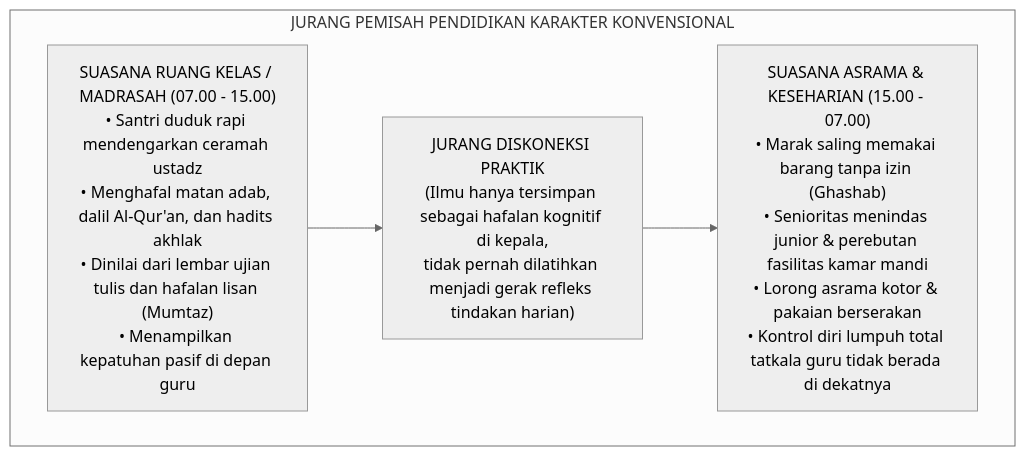
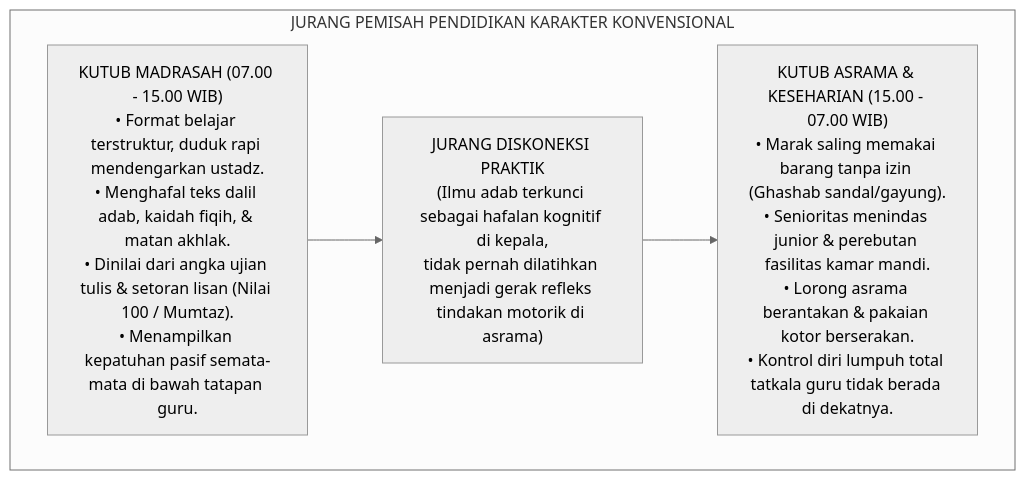
One commit to wandiapriliyandi/tumbuh changed the second of 6 diagrams in BOOK-SERIES/Volume-01/Bab-01-Krisis-Karakter-dan-Urgensi-Rekonstruksi/01-Anomali-Pendidikan-Karakter-Tradisional.md. Above: the diagram before and after it, drawn with Mermaid (neutral theme). The commit also changed other lines of this file, not shown here.

Commit message:
docs(bab-1.1): perjelas secara komprehensif seluruh uraian anatomi sistemik madrasah-asrama, neurosains memori, dan solusi arsitektur TUMBUH

````diff
--- a/BOOK-SERIES/Volume-01/Bab-01-Krisis-Karakter-dan-Urgensi-Rekonstruksi/01-Anomali-Pendidikan-Karakter-Tradisional.md
+++ b/BOOK-SERIES/Volume-01/Bab-01-Krisis-Karakter-dan-Urgensi-Rekonstruksi/01-Anomali-Pendidikan-Karakter-Tradisional.md
@@ -44,12 +53,12 @@
 ```mermaid
 graph TD
     subgraph Kontras["JURANG PEMISAH PENDIDIKAN KARAKTER KONVENSIONAL"]
-        RuangKelas["SUASANA RUANG KELAS / MADRASAH (07.00 - 15.00)<br/>• Santri duduk rapi mendengarkan ceramah ustadz<br/>• Menghafal matan adab, dalil Al-Qur'an, dan hadits akhlak<br/>• Dinilai dari lembar ujian tulis dan hafalan lisan (Mumtaz)<br/>• Menampilkan kepatuhan pasif di depan guru"]
+        RuangKelas["KUTUB MADRASAH (07.00 - 15.00 WIB)<br/>• Format belajar terstruktur, duduk rapi mendengarkan ustadz.<br/>• Menghafal teks dalil adab, kaidah fiqih, & matan akhlak.<br/>• Dinilai dari angka ujian tulis & setoran lisan (Nilai 100 / Mumtaz).<br/>• Menampilkan kepatuhan pasif semata-mata di bawah tatapan guru."]
         
-        Jurang["JURANG DISKONEKSI PRAKTIK<br/>(Ilmu hanya tersimpan sebagai hafalan kognitif di kepala,<br/>tidak pernah dilatihkan menjadi gerak refleks tindakan harian)"]
+        Jurang["JURANG DISKONEKSI PRAKTIK<br/>(Ilmu adab terkunci sebagai hafalan kognitif di kepala,<br/>tidak pernah dilatihkan menjadi gerak refleks tindakan motorik di asrama)"]
         
-        RuangAsrama["SUASANA ASRAMA & KESEHARIAN (15.00 - 07.00)<br/>• Marak saling memakai barang tanpa izin (Ghashab)<br/>• Senioritas menindas junior & perebutan fasilitas kamar mandi<br/>• Lorong asrama kotor & pakaian berserakan<br/>• Kontrol diri lumpuh total tatkala guru tidak berada di dekatnya"]
+        RuangAsrama["KUTUB ASRAMA & KESEHARIAN (15.00 - 07.00 WIB)<br/>• Marak saling memakai barang tanpa izin (Ghashab sandal/gayung).<br/>• Senioritas menindas junior & perebutan fasilitas kamar mandi.<br/>• Lorong asrama berantakan & pakaian kotor berserakan.<br/>• Kontrol diri lumpuh total tatkala guru tidak berada di dekatnya."]
         
         RuangKelas --> Jurang --> RuangAsrama
     end
 ```
````
